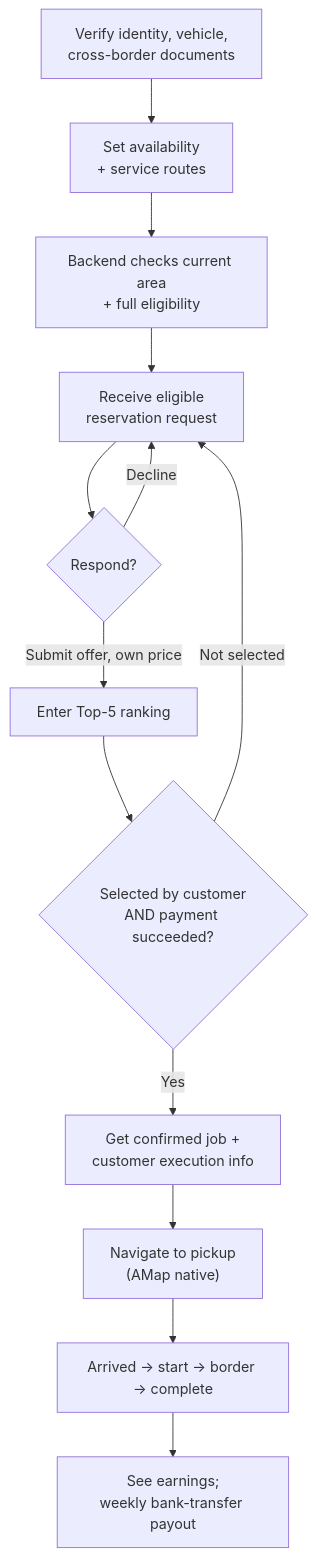
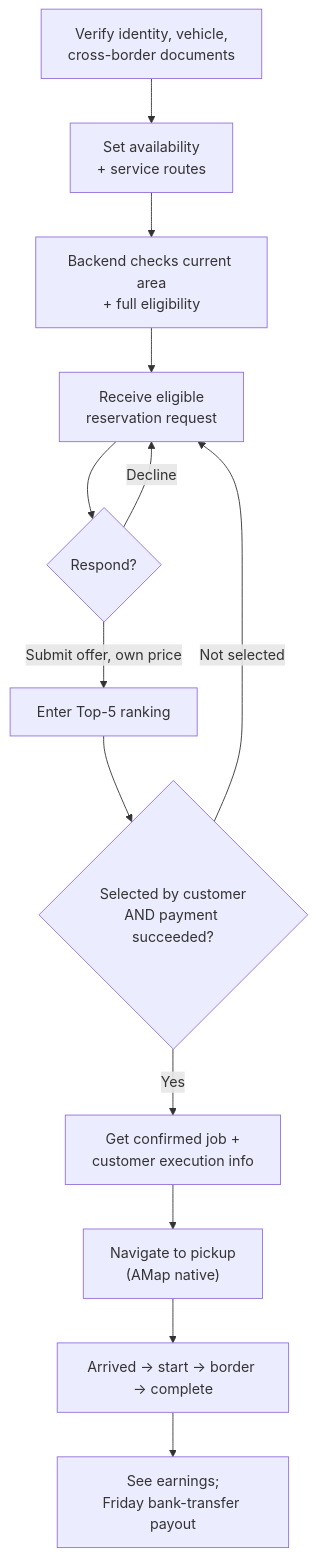
The fourth of 8 diagrams in Personal/App Ideas/Cross Border Car Hailing/teammate-overview.md (pddhkt/obsidian-sync), drawn with Mermaid before and after one commit. The commit also changed other lines of this file and 14 other files, not shown here.

````diff
--- a/Personal/App Ideas/Cross Border Car Hailing/teammate-overview.md
+++ b/Personal/App Ideas/Cross Border Car Hailing/teammate-overview.md
@@ -152,15 +152,15 @@
 ```mermaid
 flowchart TD
     A["Verify identity, vehicle,<br/>cross-border documents"] --> B["Set availability<br/>+ service routes"]
     B --> C["Backend checks current area<br/>+ full eligibility"]
     C --> D["Receive eligible<br/>reservation request"]
     D --> E{"Respond?"}
     E -->|Decline| D
     E -->|Submit offer, own price| F["Enter Top-5 ranking"]
     F --> G{"Selected by customer<br/>AND payment succeeded?"}
     G -->|Not selected| D
     G -->|Yes| H["Get confirmed job +<br/>customer execution info"]
     H --> I["Navigate to pickup<br/>(AMap native)"]
     I --> J["Arrived → start → border → complete"]
-    J --> K["See earnings;<br/>weekly bank-transfer payout"]
+    J --> K["See earnings;<br/>Friday bank-transfer payout"]
 ```
````
